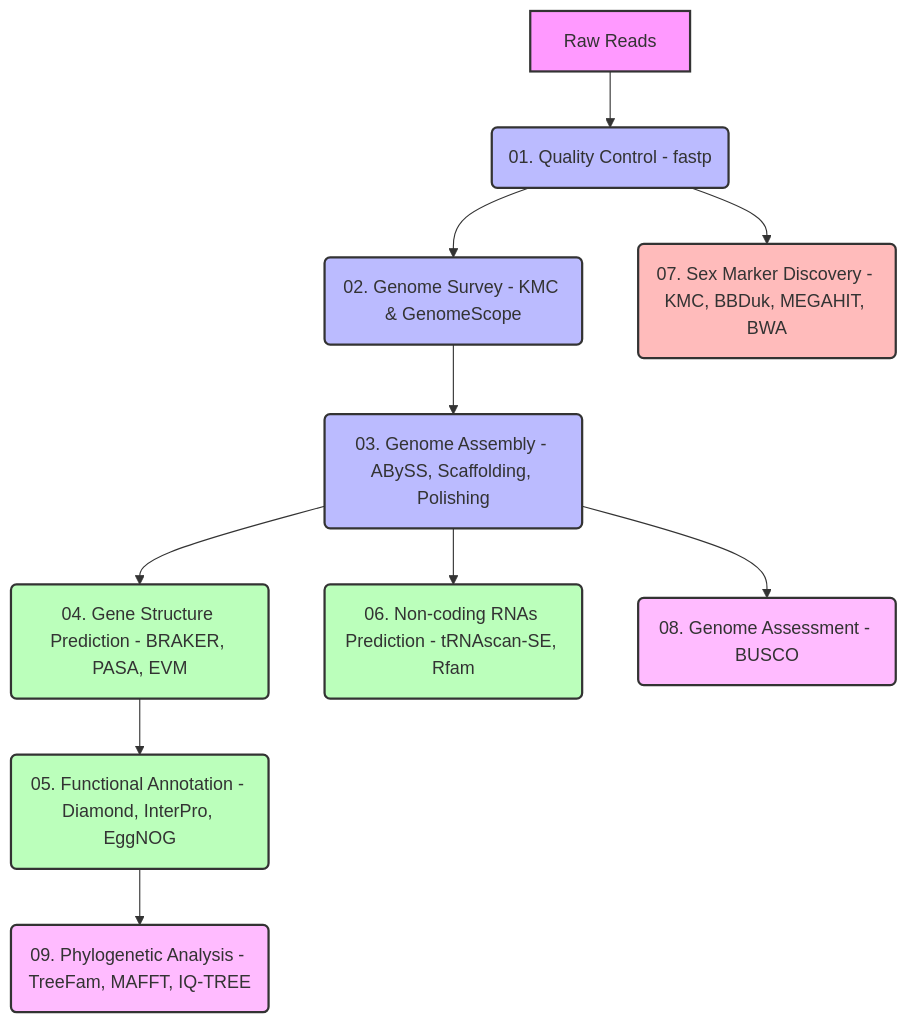
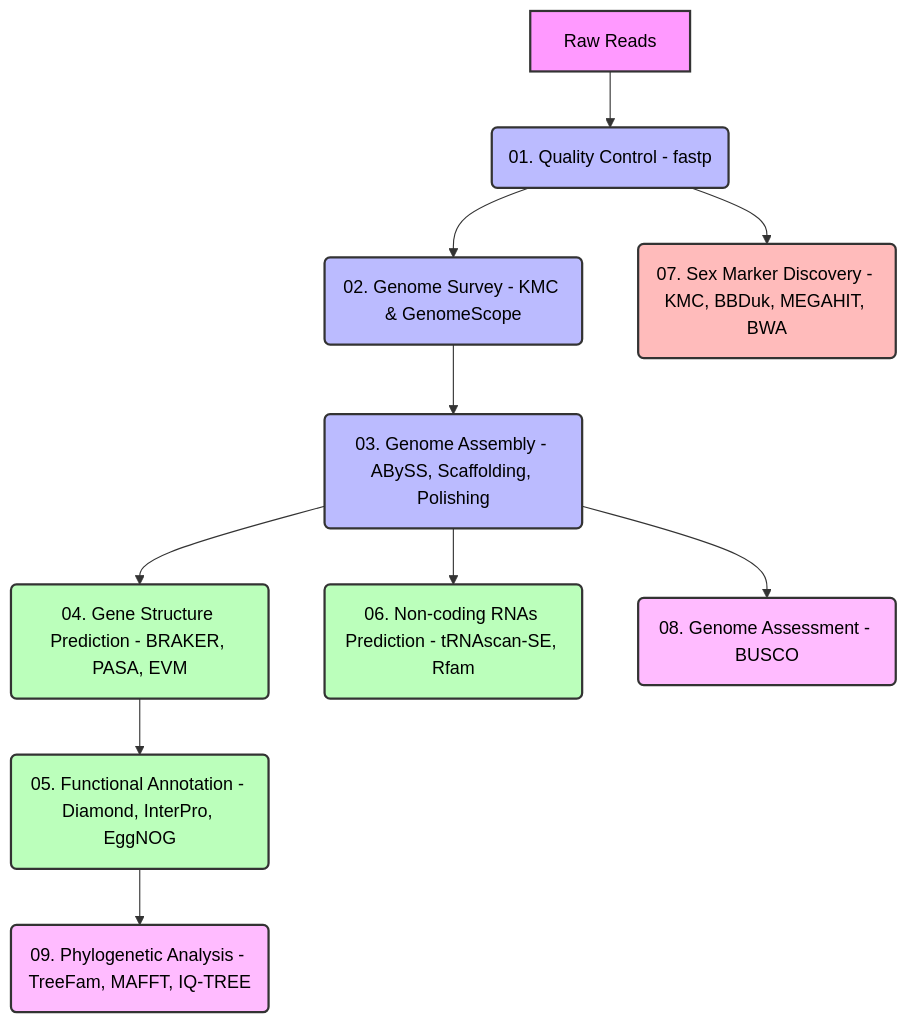
The diagram in README.md (huyha1314/Thenus_australiensis_sex_marker), drawn with Mermaid before and after one commit.

Commit message:
Fix mermaid flowchart text color contrast

````diff
--- a/README.md
+++ b/README.md
@@ -9,23 +9,23 @@
 ```mermaid
 graph TD
     A[Raw Reads] --> B(01. Quality Control - fastp)
     B --> C(02. Genome Survey - KMC & GenomeScope)
     C --> D(03. Genome Assembly - ABySS, Scaffolding, Polishing)
     D --> E(04. Gene Structure Prediction - BRAKER, PASA, EVM)
     E --> F(05. Functional Annotation - Diamond, InterPro, EggNOG)
     D --> G(06. Non-coding RNAs Prediction - tRNAscan-SE, Rfam)
     B --> H(07. Sex Marker Discovery - KMC, BBDuk, MEGAHIT, BWA)
     D --> I(08. Genome Assessment - BUSCO)
     F --> J(09. Phylogenetic Analysis - TreeFam, MAFFT, IQ-TREE)
     
-    style A fill:#f9f,stroke:#333,stroke-width:2px
-    style B fill:#bbf,stroke:#333,stroke-width:2px
-    style C fill:#bbf,stroke:#333,stroke-width:2px
-    style D fill:#bbf,stroke:#333,stroke-width:2px
-    style E fill:#bfb,stroke:#333,stroke-width:2px
-    style F fill:#bfb,stroke:#333,stroke-width:2px
-    style G fill:#bfb,stroke:#333,stroke-width:2px
-    style H fill:#fbb,stroke:#333,stroke-width:2px
-    style I fill:#fbf,stroke:#333,stroke-width:2px
-    style J fill:#fbf,stroke:#333,stroke-width:2px
+    style A fill:#f9f,stroke:#333,stroke-width:2px,color:#000
+    style B fill:#bbf,stroke:#333,stroke-width:2px,color:#000
+    style C fill:#bbf,stroke:#333,stroke-width:2px,color:#000
+    style D fill:#bbf,stroke:#333,stroke-width:2px,color:#000
+    style E fill:#bfb,stroke:#333,stroke-width:2px,color:#000
+    style F fill:#bfb,stroke:#333,stroke-width:2px,color:#000
+    style G fill:#bfb,stroke:#333,stroke-width:2px,color:#000
+    style H fill:#fbb,stroke:#333,stroke-width:2px,color:#000
+    style I fill:#fbf,stroke:#333,stroke-width:2px,color:#000
+    style J fill:#fbf,stroke:#333,stroke-width:2px,color:#000
 ```
````
